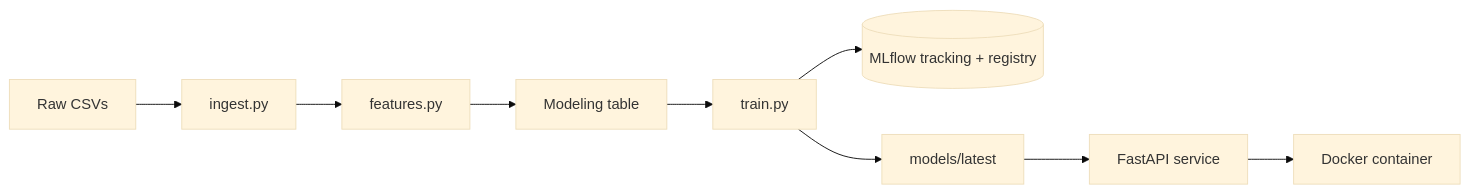
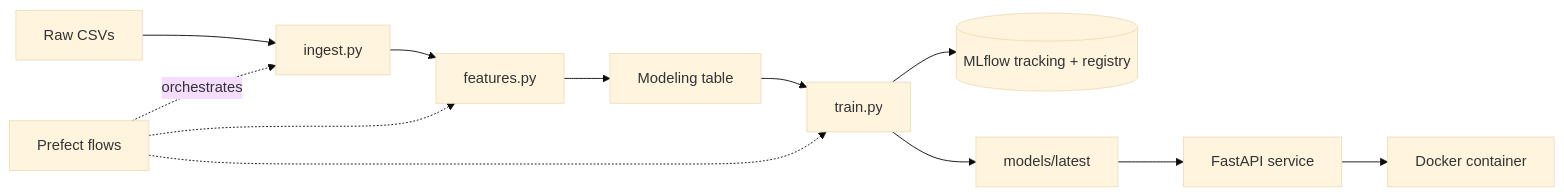
One commit to yessir-bacon/olist-return-mlops changed the diagram in README.md. Above: the diagram before and after it, drawn with Mermaid (base theme). The commit also changed other lines of this file, not shown here.

Commit message:
Update README with Prefect flows and replay results

````diff
--- a/README.md
+++ b/README.md
@@ -13,11 +13,14 @@
 ```mermaid
 flowchart LR
     A[Raw CSVs] --> B[ingest.py]
     B --> C[features.py]
     C --> D[Modeling table]
     D --> E[train.py]
     E --> F[(MLflow tracking + registry)]
     E --> G[models/latest]
     G --> H[FastAPI service]
     H --> I[Docker container]
+    P[Prefect flows] -.orchestrates.-> B
+    P -.-> C
+    P -.-> E
 ```
````
